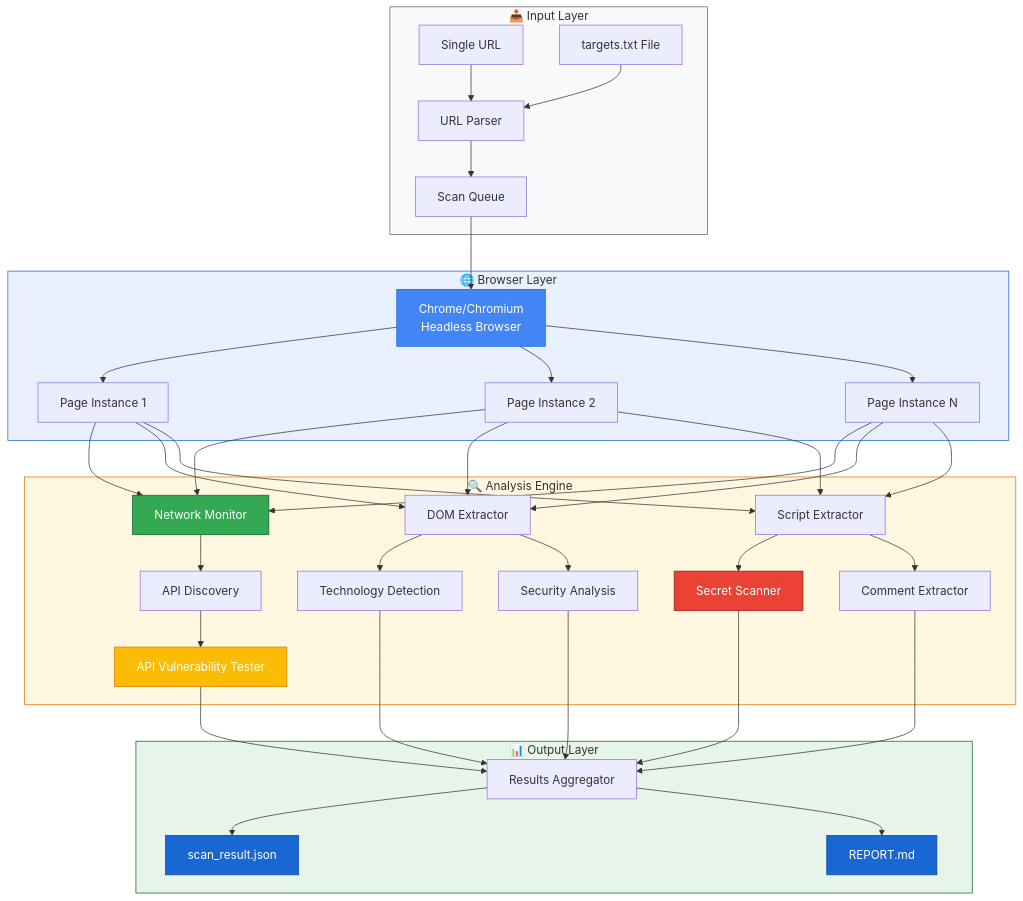
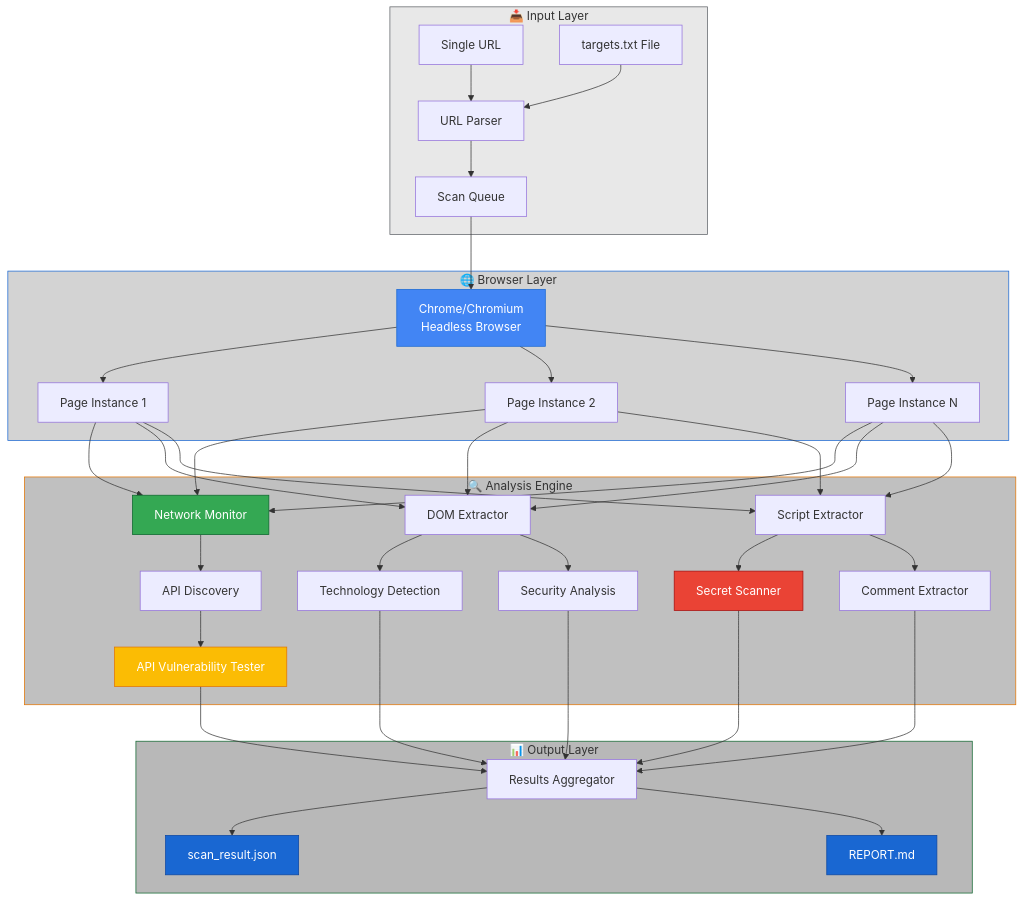
One commit to ul0gic/corrode changed the first of 3 diagrams in README.md. Above: the diagram before and after it, drawn with Mermaid. The commit also changed other lines of this file, not shown here.

Commit message:
style: update diagram fill colors to grayscale for better contrast

````diff
--- a/README.md
+++ b/README.md
@@ -11,48 +11,48 @@
 ```mermaid
 graph TB
     subgraph Input["📥 Input Layer"]
         A[Single URL] --> Parser[URL Parser]
         B[targets.txt File] --> Parser
         Parser --> Queue[Scan Queue]
     end
 
     subgraph Browser["🌐 Browser Layer"]
         Queue --> Chrome[Chrome/Chromium<br/>Headless Browser]
         Chrome --> Page1[Page Instance 1]
         Chrome --> Page2[Page Instance 2]
         Chrome --> PageN[Page Instance N]
         style Chrome fill:#4285F4,stroke:#1967D2,color:#fff
     end
 
     subgraph Analysis["🔍 Analysis Engine"]
         Page1 & Page2 & PageN --> NetMon[Network Monitor]
         Page1 & Page2 & PageN --> DOMExt[DOM Extractor]
         Page1 & Page2 & PageN --> ScriptExt[Script Extractor]
 
         NetMon --> APIDisc[API Discovery]
         ScriptExt --> SecretScan[Secret Scanner]
         ScriptExt --> CommentExt[Comment Extractor]
         DOMExt --> TechDet[Technology Detection]
         DOMExt --> SecScan[Security Analysis]
 
         APIDisc --> APITest[API Vulnerability Tester]
 
         style NetMon fill:#34A853,stroke:#0D652D,color:#fff
         style SecretScan fill:#EA4335,stroke:#A50E0E,color:#fff
         style APITest fill:#FBBC04,stroke:#E37400,color:#fff
     end
 
     subgraph Output["📊 Output Layer"]
         SecretScan & APITest & CommentExt & TechDet & SecScan --> Aggregator[Results Aggregator]
         Aggregator --> JSON[scan_result.json]
         Aggregator --> MD[REPORT.md]
 
         style JSON fill:#1967D2,stroke:#0D47A1,color:#fff
         style MD fill:#1967D2,stroke:#0D47A1,color:#fff
     end
 
-    style Input fill:#F8F9FA,stroke:#5F6368
-    style Browser fill:#E8F0FE,stroke:#1967D2
-    style Analysis fill:#FEF7E0,stroke:#E37400
-    style Output fill:#E6F4EA,stroke:#0D652D
+    style Input fill:#E8E8E8,stroke:#5F6368
+    style Browser fill:#D3D3D3,stroke:#1967D2
+    style Analysis fill:#C0C0C0,stroke:#E37400
+    style Output fill:#B8B8B8,stroke:#0D652D
 ```
````
